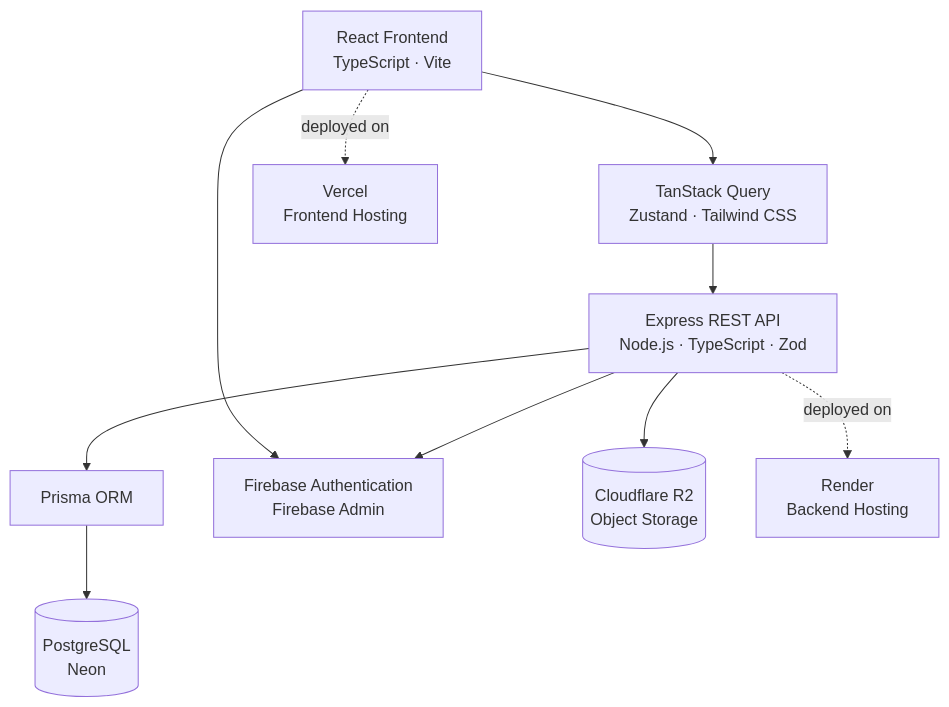
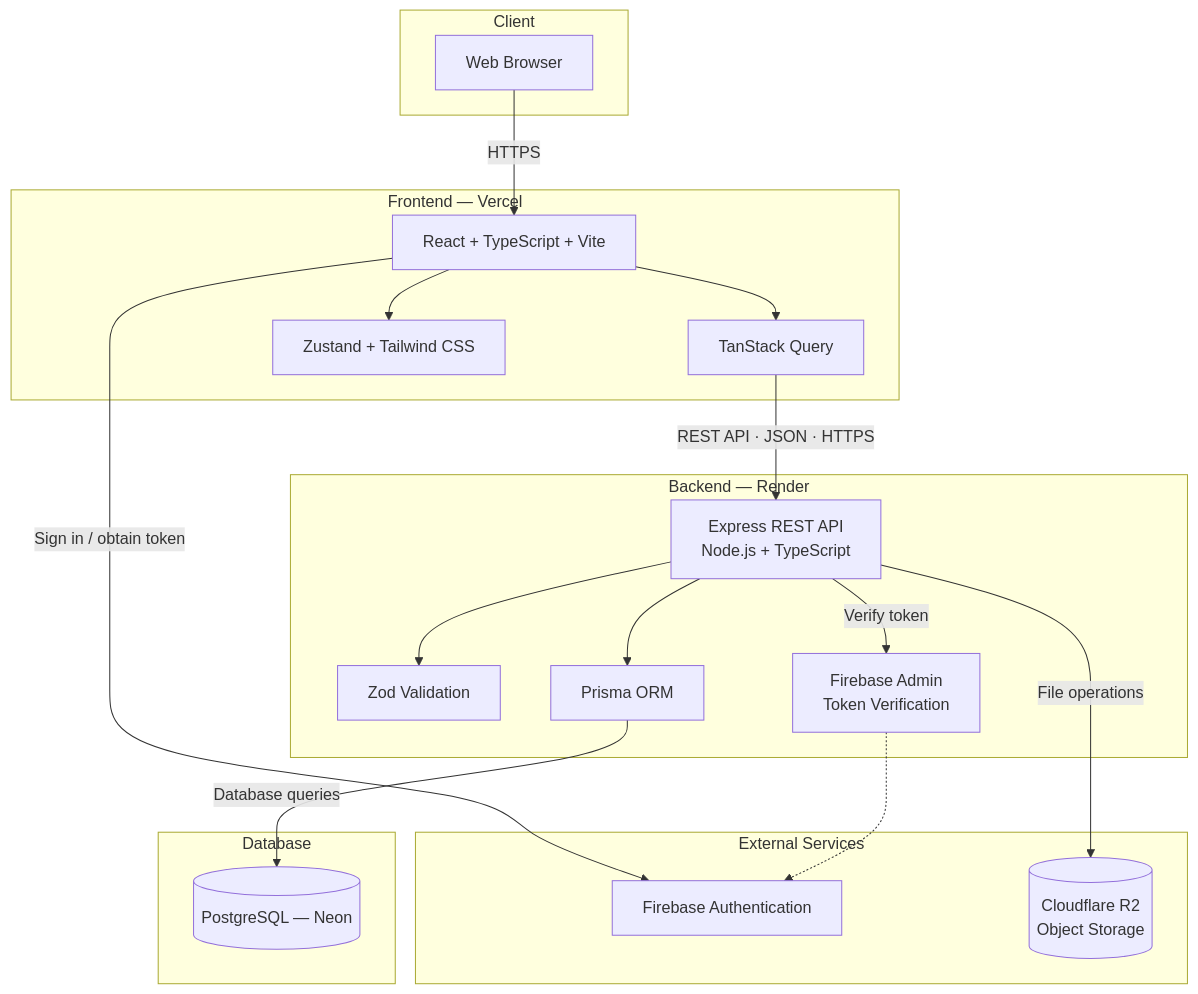
The diagram in architecture.md (Dolce104/construction-qs-app-portfolio), drawn with Mermaid before and after one commit.

````diff
--- a/architecture.md
+++ b/architecture.md
@@ -1,22 +1,41 @@
 ```mermaid
+
 flowchart TB
-    A["React Frontend<br/>TypeScript · Vite"]
-    B["TanStack Query<br/>Zustand · Tailwind CSS"]
-    C["Express REST API<br/>Node.js · TypeScript · Zod"]
-    D["Prisma ORM"]
-    E[("PostgreSQL<br/>Neon")]
-    F["Firebase Authentication<br/>Firebase Admin"]
-    G[("Cloudflare R2<br/>Object Storage")]
-    H["Vercel<br/>Frontend Hosting"]
-    I["Render<br/>Backend Hosting"]
+    subgraph CLIENT["Client"]
+        A["Web Browser"]
+    end
 
-    A --> B
+    subgraph FRONTEND["Frontend — Vercel"]
+        B["React + TypeScript + Vite"]
+        C["TanStack Query"]
+        D["Zustand + Tailwind CSS"]
+    end
+
+    subgraph BACKEND["Backend — Render"]
+        E["Express REST API<br/>Node.js + TypeScript"]
+        F["Zod Validation"]
+        G["Prisma ORM"]
+        H["Firebase Admin<br/>Token Verification"]
+    end
+
+    subgraph EXTERNAL["External Services"]
+        I["Firebase Authentication"]
+        J[("Cloudflare R2<br/>Object Storage")]
+    end
+
+    subgraph DATA["Database"]
+        K[("PostgreSQL — Neon")]
+    end
+
+    A -->|HTTPS| B
     B --> C
-    C --> D
-    D --> E
-    A --> F
-    C --> F
-    C --> G
-    A -. deployed on .-> H
-    C -. deployed on .-> I
+    B --> D
+    C -->|REST API · JSON · HTTPS| E
+    E --> F
+    E --> G
+    G -->|Database queries| K
+    B -->|Sign in / obtain token| I
+    E -->|Verify token| H
+    H -.-> I
+    E -->|File operations| J
 ```
````
